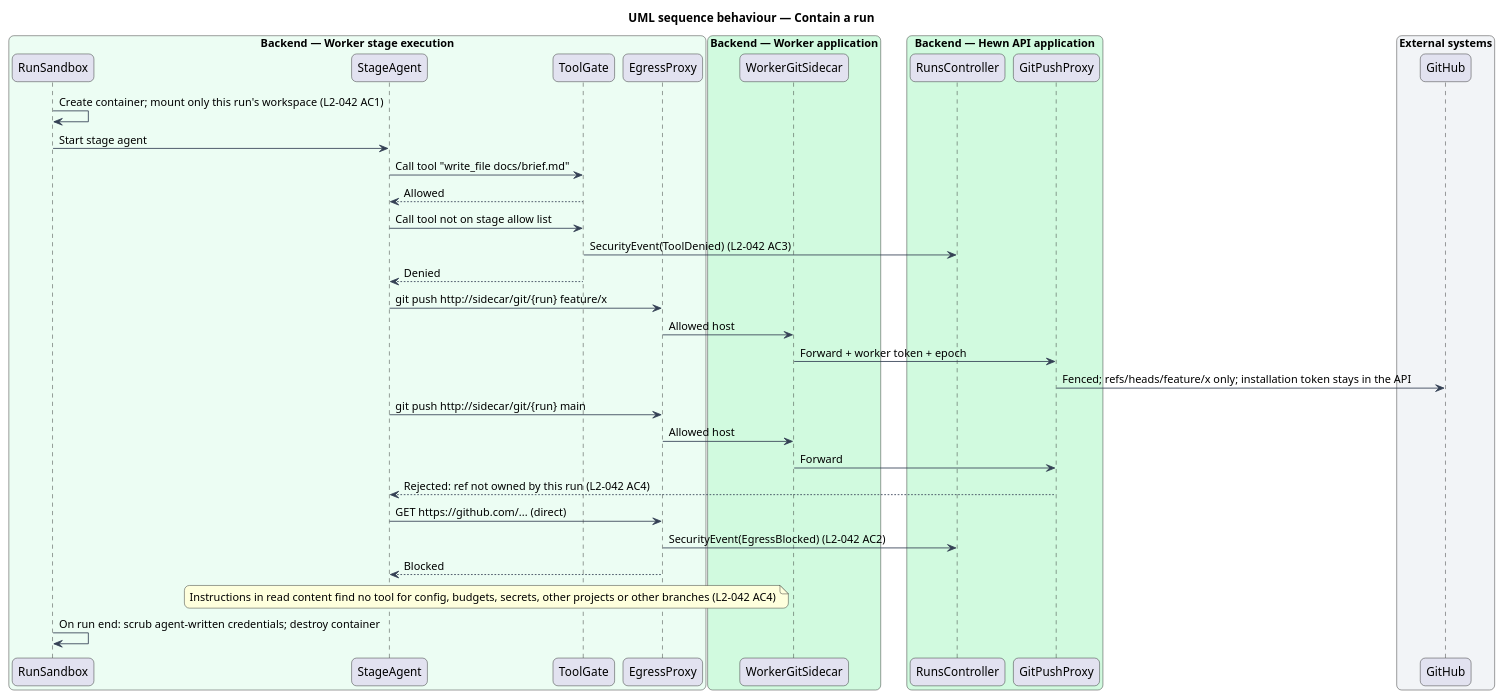
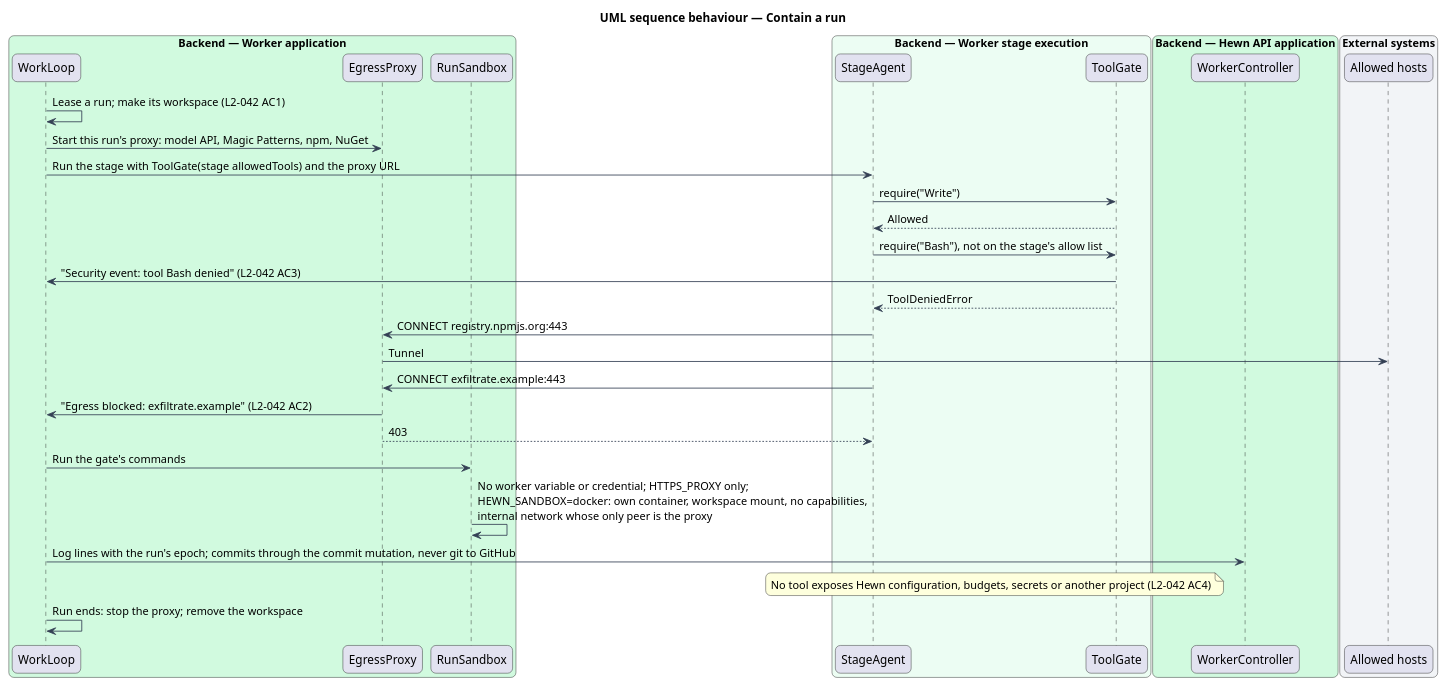
The diagram in docs/detailed-designs/agent-runtime/agent-isolation/diagrams/sequence-contain-a-run.puml (QuinntyneBrown/hewn), drawn with PlantUML before and after one commit. The commit also changed 62 other files, not shown here.

```diff
--- a/docs/detailed-designs/agent-runtime/agent-isolation/diagrams/sequence-contain-a-run.puml
+++ b/docs/detailed-designs/agent-runtime/agent-isolation/diagrams/sequence-contain-a-run.puml
@@ -1,54 +1,51 @@
 @startuml
 title UML sequence behaviour — Contain a run
 skinparam backgroundColor #FFFFFF
 skinparam shadowing false
 skinparam roundcorner 12
 skinparam defaultFontName Arial
 skinparam ArrowColor #344054
 skinparam rectangle {
   BorderColor #344054
   FontColor #101828
 }
 skinparam package {
   BorderColor #667085
   FontColor #101828
   BackgroundColor #F9FAFB
 }
 skinparam sequenceMessageAlign left
+box "Backend — Worker application" #D1FADF
+  participant "WorkLoop" as loop
+  participant "EgressProxy" as proxy
+  participant "RunSandbox" as sandbox
+end box
 box "Backend — Worker stage execution" #ECFDF3
-  participant "RunSandbox" as sandbox
   participant "StageAgent" as agent
   participant "ToolGate" as gate
-  participant "EgressProxy" as proxy
-end box
-box "Backend — Worker application" #D1FADF
-  participant "WorkerGitSidecar" as side
 end box
 box "Backend — Hewn API application" #D1FADF
-  participant "RunsController" as ctrl
-  participant "GitPushProxy" as gpp
+  participant "WorkerController" as ctrl
 end box
 box "External systems" #F2F4F7
-  participant "GitHub" as gh
+  participant "Allowed hosts" as ok
 end box
-sandbox -> sandbox : Create container; mount only this run's workspace (L2-042 AC1)
-sandbox -> agent : Start stage agent
-agent -> gate : Call tool "write_file docs/brief.md"
+loop -> loop : Lease a run; make its workspace (L2-042 AC1)
+loop -> proxy : Start this run's proxy: model API, Magic Patterns, npm, NuGet
+loop -> agent : Run the stage with ToolGate(stage allowedTools) and the proxy URL
+agent -> gate : require("Write")
 gate --> agent : Allowed
-agent -> gate : Call tool not on stage allow list
-gate -> ctrl : SecurityEvent(ToolDenied) (L2-042 AC3)
-gate --> agent : Denied
-agent -> proxy : git push http://sidecar/git/{run} feature/x
-proxy -> side : Allowed host
-side -> gpp : Forward + worker token + epoch
-gpp -> gh : Fenced; refs/heads/feature/x only; installation token stays in the API
-agent -> proxy : git push http://sidecar/git/{run} main
-proxy -> side : Allowed host
-side -> gpp : Forward
-gpp --> agent : Rejected: ref not owned by this run (L2-042 AC4)
-agent -> proxy : GET https://github.com/... (direct)
-proxy -> ctrl : SecurityEvent(EgressBlocked) (L2-042 AC2)
-proxy --> agent : Blocked
-note over agent, gate : Instructions in read content find no tool for config, budgets, secrets, other projects or other branches (L2-042 AC4)
-sandbox -> sandbox : On run end: scrub agent-written credentials; destroy container
+agent -> gate : require("Bash"), not on the stage's allow list
+gate -> loop : "Security event: tool Bash denied" (L2-042 AC3)
+gate --> agent : ToolDeniedError
+agent -> proxy : CONNECT registry.npmjs.org:443
+proxy -> ok : Tunnel
+agent -> proxy : CONNECT exfiltrate.example:443
+proxy -> loop : "Egress blocked: exfiltrate.example" (L2-042 AC2)
+proxy --> agent : 403
+loop -> sandbox : Run the gate's commands
+sandbox -> sandbox : No worker variable or credential; HTTPS_PROXY only;\nHEWN_SANDBOX=docker: own container, workspace mount, no capabilities,\ninternal network whose only peer is the proxy
+loop -> ctrl : Log lines with the run's epoch; commits through the commit mutation, never git to GitHub
+note over agent, gate : No tool exposes Hewn configuration, budgets, secrets or another project (L2-042 AC4)
+loop -> loop : Run ends: stop the proxy; remove the workspace
 @enduml
```
